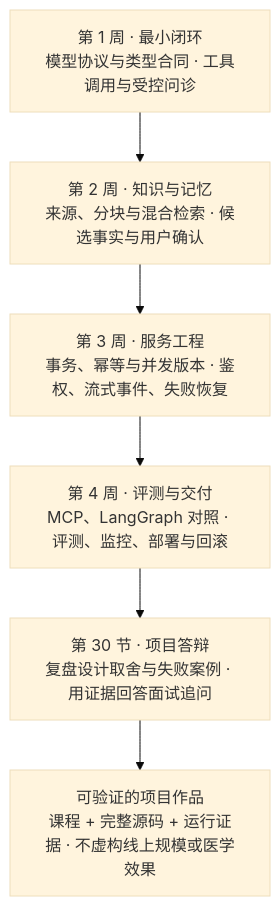
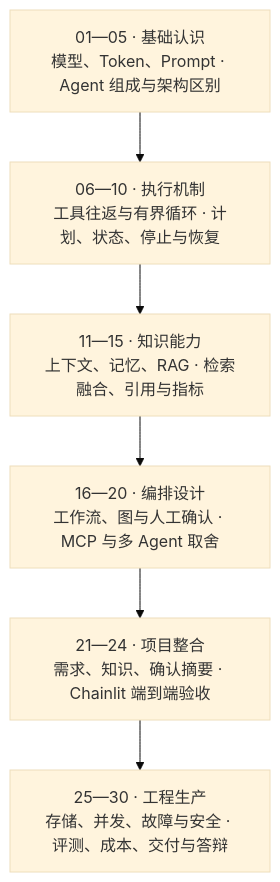
Before and after one commit to yodew/tcm-agent-course: the diagram in course/assets/roadmap.mmd, drawn with Mermaid (base theme). The commit also changed 70 other files, not shown here.

```diff
--- a/course/assets/roadmap.mmd
+++ b/course/assets/roadmap.mmd
@@ -1,12 +1,12 @@
 flowchart TD
-    A["第 1 周 · 最小闭环<br/>模型协议与类型合同 · 工具调用与受控问诊"]
-    B["第 2 周 · 知识与记忆<br/>来源、分块与混合检索 · 候选事实与用户确认"]
-    C["第 3 周 · 服务工程<br/>事务、幂等与并发版本 · 鉴权、流式事件、失败恢复"]
-    F["可验证的项目作品<br/>课程 + 完整源码 + 运行证据 · 不虚构线上规模或医学效果"]
-    E["第 30 节 · 项目答辩<br/>复盘设计取舍与失败案例 · 用证据回答面试追问"]
-    D["第 4 周 · 评测与交付<br/>MCP、LangGraph 对照 · 评测、监控、部署与回滚"]
+    A["01—05 · 基础认识<br/>模型、Token、Prompt · Agent 组成与架构区别"]
+    B["06—10 · 执行机制<br/>工具往返与有界循环 · 计划、状态、停止与恢复"]
+    C["11—15 · 知识能力<br/>上下文、记忆、RAG · 检索融合、引用与指标"]
+    F["25—30 · 工程生产<br/>存储、并发、故障与安全 · 评测、成本、交付与答辩"]
+    E["21—24 · 项目整合<br/>需求、知识、确认摘要 · Chainlit 端到端验收"]
+    D["16—20 · 编排设计<br/>工作流、图与人工确认 · MCP 与多 Agent 取舍"]
     A --> B
     B --> C
     C --> D
     D --> E
     E --> F
```
